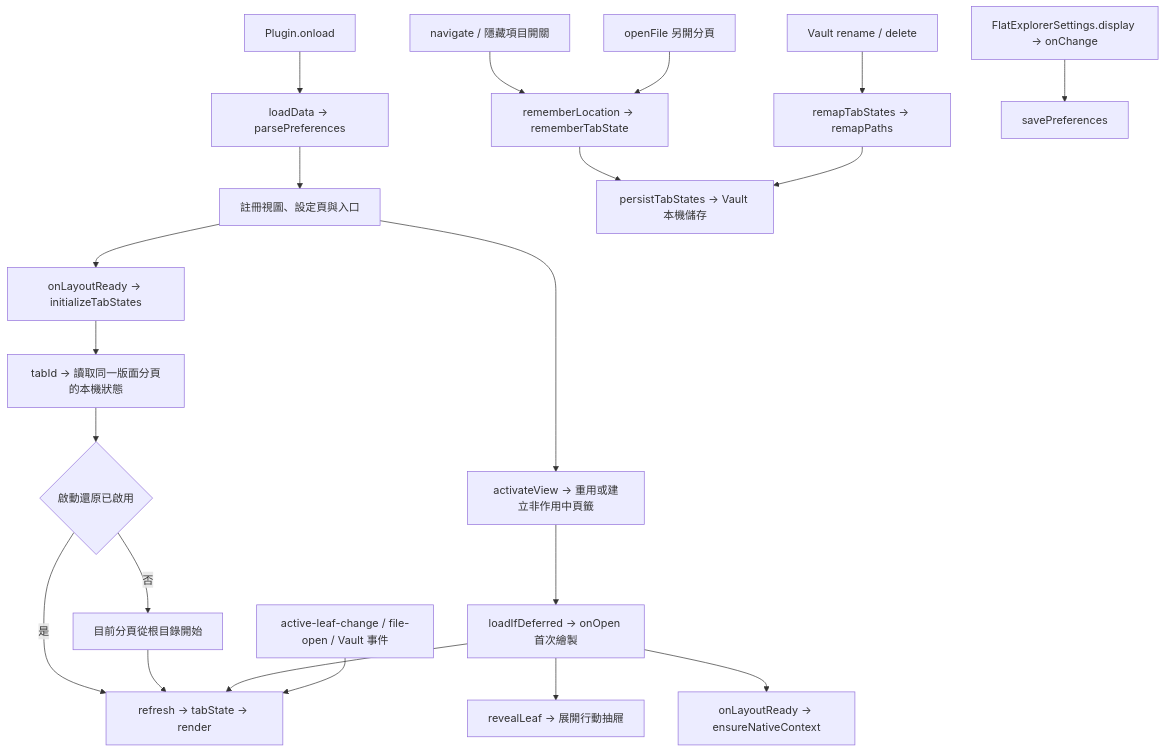
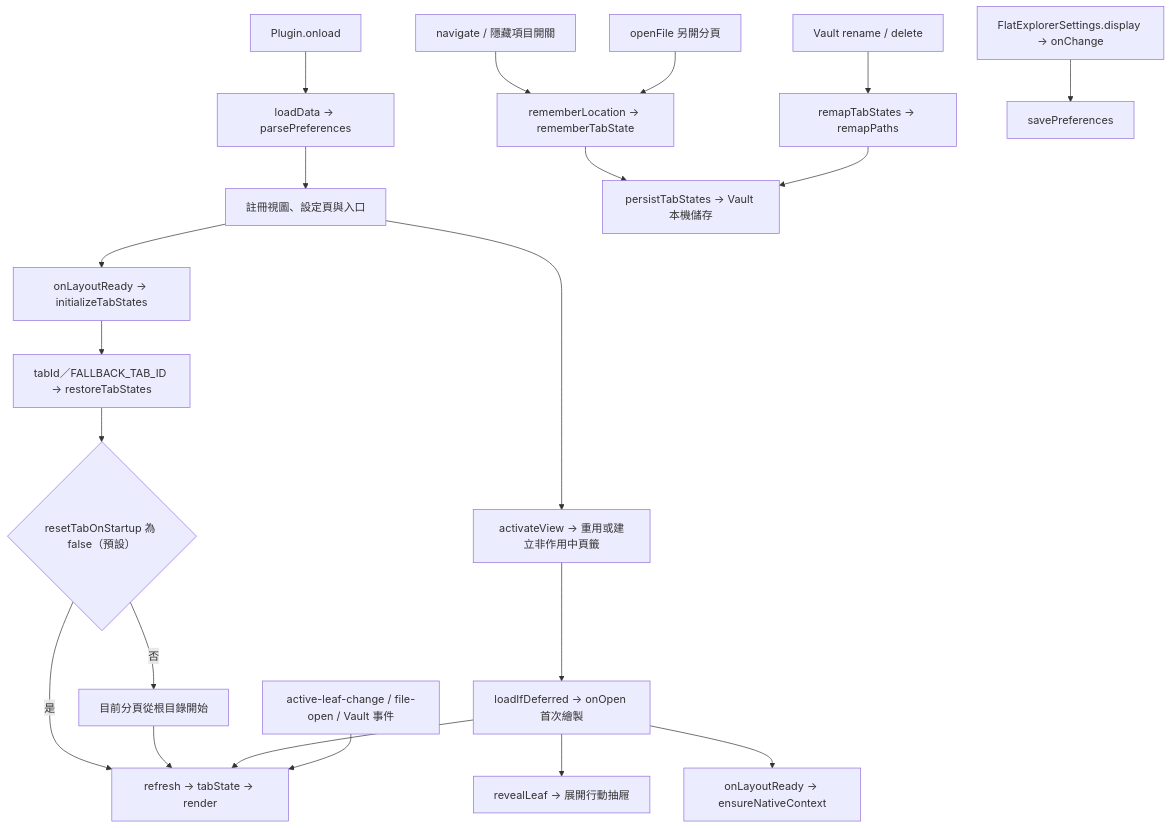
The second of 12 diagrams in architecture.md (MiuDog/FlatExplorer), drawn with Mermaid before and after one commit. The commit also changed other lines of this file and 13 other files, not shown here.

Commit message:
Restore active tab on startup and add desktop drag-to-move for 0.9.0

````diff
--- a/architecture.md
+++ b/architecture.md
@@ -56,23 +56,23 @@
 ```mermaid
 flowchart TD
 	Load[Plugin.onload] --> Read[loadData → parsePreferences]
 	Read --> Register[註冊視圖、設定頁與入口]
 	Register --> Layout[onLayoutReady → initializeTabStates]
-	Layout --> Saved[tabId → 讀取同一版面分頁的本機狀態]
-	Saved --> Option{啟動還原已啟用}
+	Layout --> Saved[tabId／FALLBACK_TAB_ID → restoreTabStates]
+	Saved --> Option{resetTabOnStartup 為 false（預設）}
 	Option -->|是| Refresh[refresh → tabState → render]
 	Option -->|否| Reset[目前分頁從根目錄開始]
 	Reset --> Refresh
 	Register --> Activate[activateView → 重用或建立非作用中頁籤]
 	Activate --> Preload[loadIfDeferred → onOpen 首次繪製]
 	Preload --> Reveal[revealLeaf → 展開行動抽屜]
 	Preload --> Refresh
 	Preload --> Native[onLayoutReady → ensureNativeContext]
 	Events[active-leaf-change / file-open / Vault 事件] --> Refresh
 	Actions[navigate / 隱藏項目開關] --> Remember[rememberLocation → rememberTabState]
 	NewTab[openFile 另開分頁] --> Remember
 	Remember --> Persist[persistTabStates → Vault 本機儲存]
 	Rename[Vault rename / delete] --> Remap[remapTabStates → remapPaths]
 	Remap --> Persist
 	Settings[FlatExplorerSettings.display → onChange] --> Preferences[savePreferences]
 ```
````
